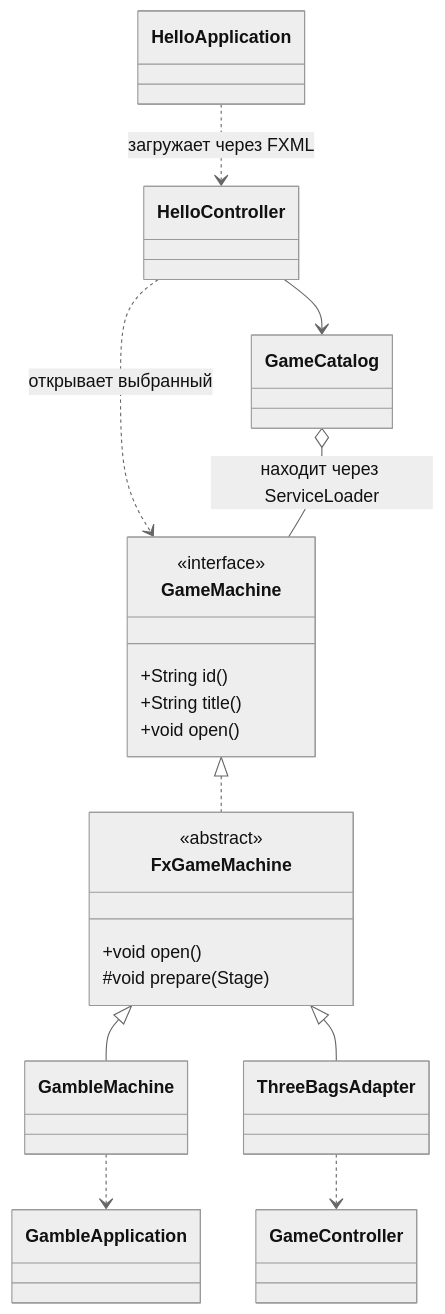
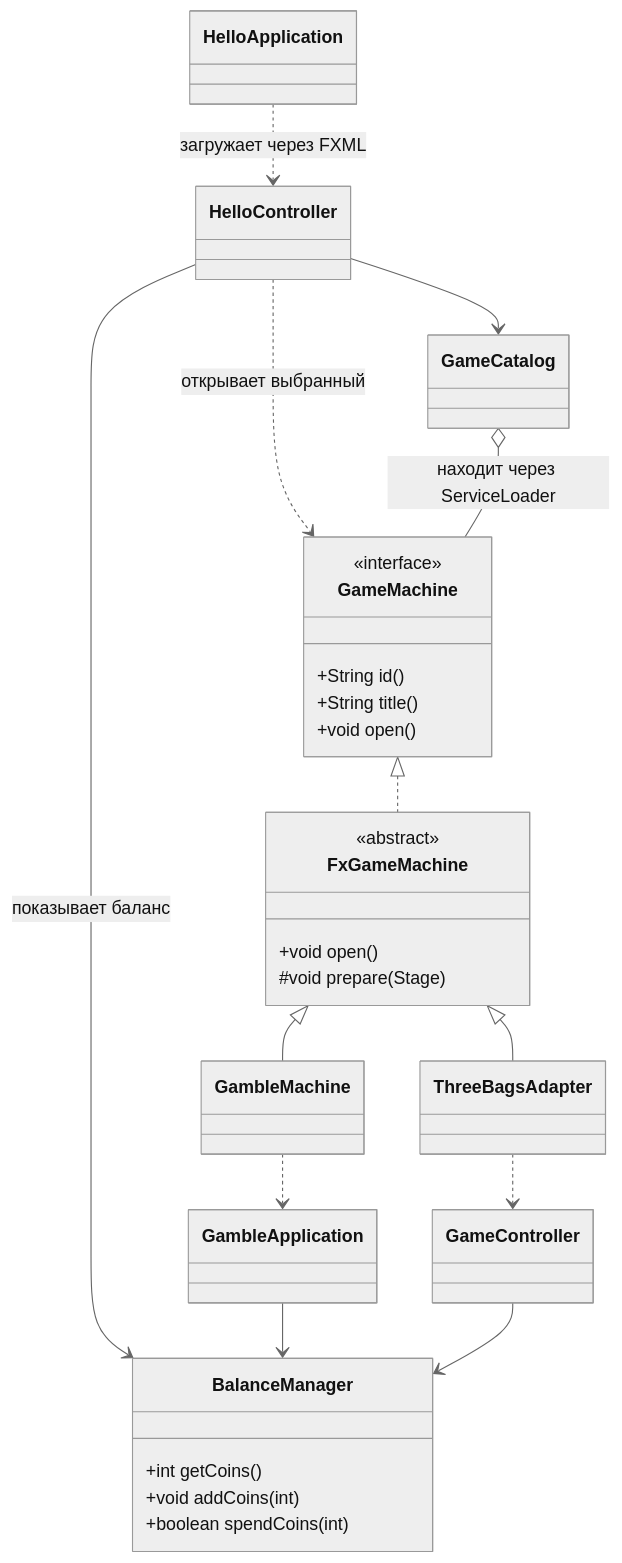
One commit to PROCuuuba/Casino changed the first of 2 diagrams in docs/architecture.md. Above: the diagram before and after it, drawn with Mermaid (neutral theme). The commit also changed other lines of this file and 20 other files, not shown here.

````diff
--- a/docs/architecture.md
+++ b/docs/architecture.md
@@ -5,30 +5,38 @@
 ```mermaid
 classDiagram
     class HelloApplication
     class HelloController
     class GameCatalog
+    class BalanceManager {
+        +int getCoins()
+        +void addCoins(int)
+        +boolean spendCoins(int)
+    }
     class GameMachine {
         <<interface>>
         +String id()
         +String title()
         +void open()
     }
     class FxGameMachine {
         <<abstract>>
         +void open()
         #void prepare(Stage)
     }
     class GambleMachine
     class GambleApplication
     class ThreeBagsAdapter
     class GameController
     HelloApplication ..> HelloController : загружает через FXML
     HelloController --> GameCatalog
+    HelloController --> BalanceManager : показывает баланс
     HelloController ..> GameMachine : открывает выбранный
     GameCatalog o-- GameMachine : находит через ServiceLoader
     GameMachine <|.. FxGameMachine
     FxGameMachine <|-- GambleMachine
     FxGameMachine <|-- ThreeBagsAdapter
     GambleMachine ..> GambleApplication
     ThreeBagsAdapter ..> GameController
+    GambleApplication --> BalanceManager
+    GameController --> BalanceManager
 ```
````
